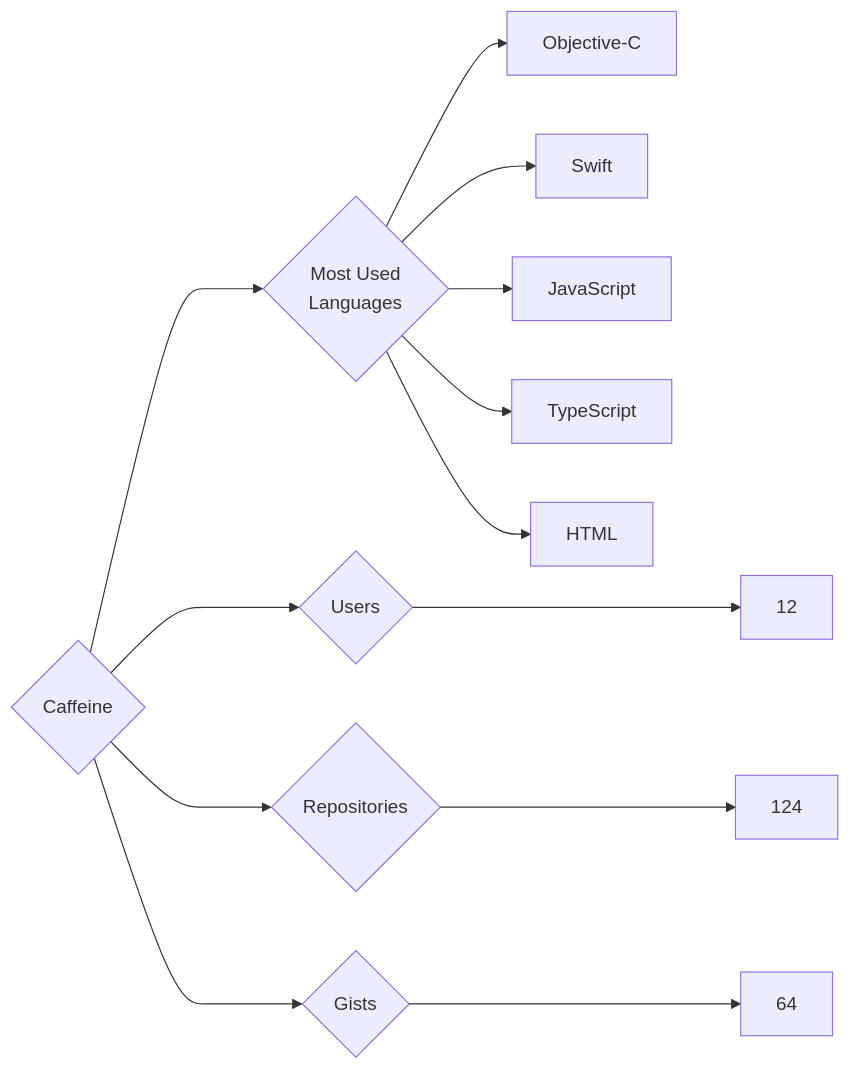
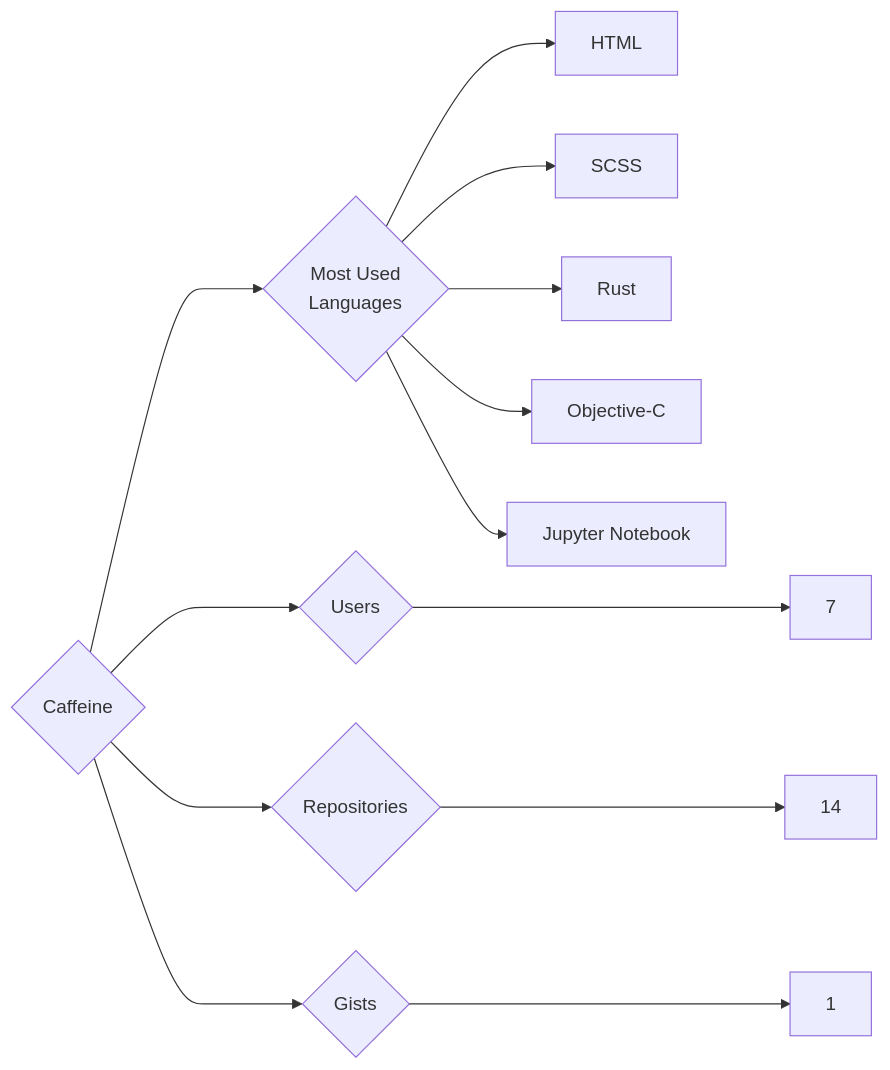
One commit to trickest/insiders changed the diagram in targets/Caffeine/README.md. Above: the diagram before and after it, drawn with Mermaid. The commit also changed 715 other files, not shown here.

````diff
--- a/targets/Caffeine/README.md
+++ b/targets/Caffeine/README.md
@@ -3,13 +3,13 @@
 ```mermaid
 graph LR
 COMPANY_NAME{Caffeine}
-COMPANY_NAME ---> U{Users} ---> UN[12]
-COMPANY_NAME ---> R{Repositories} ---> RN[124]
-COMPANY_NAME ---> G{Gists} ---> GN[64]
+COMPANY_NAME ---> U{Users} ---> UN[7]
+COMPANY_NAME ---> R{Repositories} ---> RN[14]
+COMPANY_NAME ---> G{Gists} ---> GN[1]
 COMPANY_NAME ---> ML{Most Used<br>Languages}
+ML --> HTML[HTML]
+ML --> SCSS[SCSS]
+ML --> Rust[Rust]
 ML --> Objective-C[Objective-C]
-ML --> Swift[Swift]
-ML --> JavaScript[JavaScript]
-ML --> TypeScript[TypeScript]
-ML --> HTML[HTML]
+ML --> Jupyter_Notebook[Jupyter Notebook]
 ```
````
